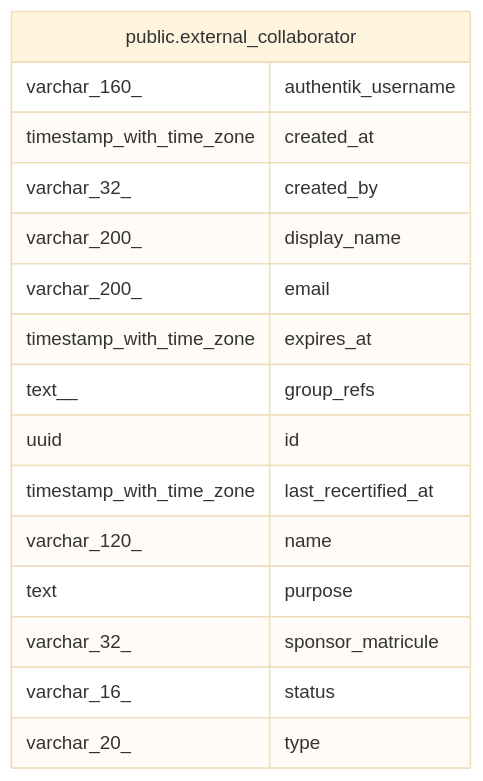
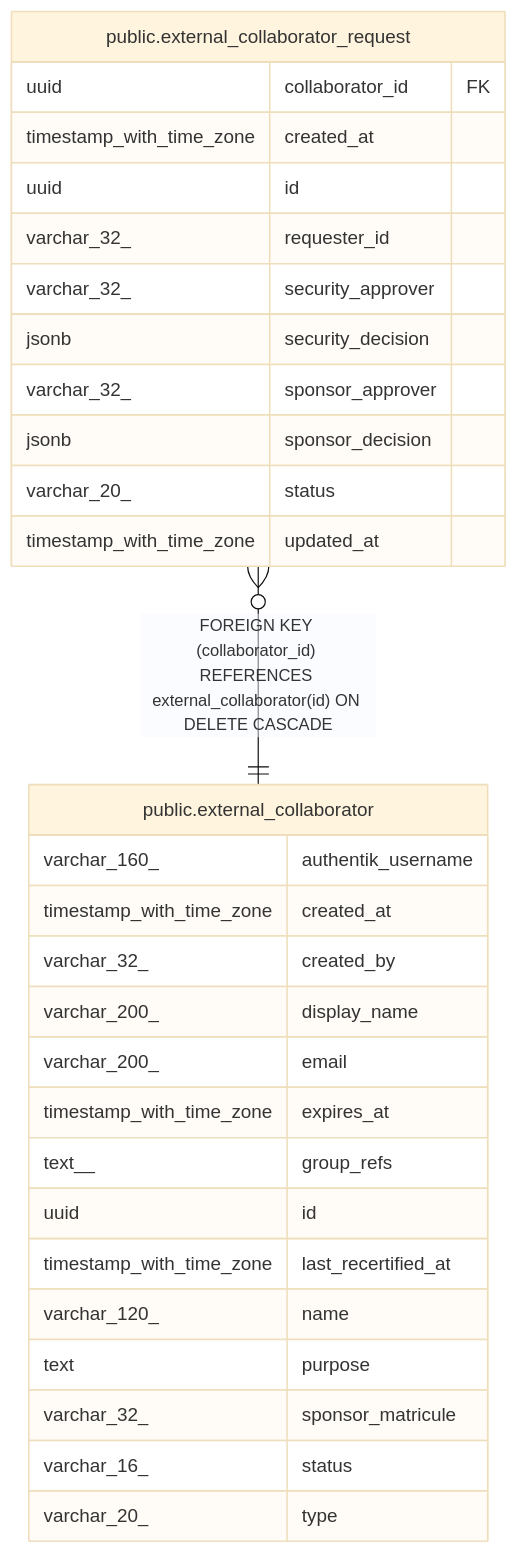
Before and after one commit to andrelair-platform/ktayl-iam: the diagram in backend/docs/data-model/public.external_collaborator.md, drawn with Mermaid (base theme). The commit also changed other lines of this file and 12 other files, not shown here.

First line of the commit message:
feat(iga): IGA-07 S026 — external-collaborator request + Sponsor+Security four-eyes

````diff
--- a/backend/docs/data-model/public.external_collaborator.md
+++ b/backend/docs/data-model/public.external_collaborator.md
@@ -39,21 +39,34 @@
 ```mermaid
 erDiagram
 
+"public.external_collaborator_request" }o--|| "public.external_collaborator" : "FOREIGN KEY (collaborator_id) REFERENCES external_collaborator(id) ON DELETE CASCADE"
 
 "public.external_collaborator" {
   varchar_160_ authentik_username
   timestamp_with_time_zone created_at
   varchar_32_ created_by
   varchar_200_ display_name
   varchar_200_ email
   timestamp_with_time_zone expires_at
   text__ group_refs
   uuid id
   timestamp_with_time_zone last_recertified_at
   varchar_120_ name
   text purpose
   varchar_32_ sponsor_matricule
   varchar_16_ status
   varchar_20_ type
 }
+"public.external_collaborator_request" {
+  uuid collaborator_id FK
+  timestamp_with_time_zone created_at
+  uuid id
+  varchar_32_ requester_id
+  varchar_32_ security_approver
+  jsonb security_decision
+  varchar_32_ sponsor_approver
+  jsonb sponsor_decision
+  varchar_20_ status
+  timestamp_with_time_zone updated_at
+}
 ```
````
